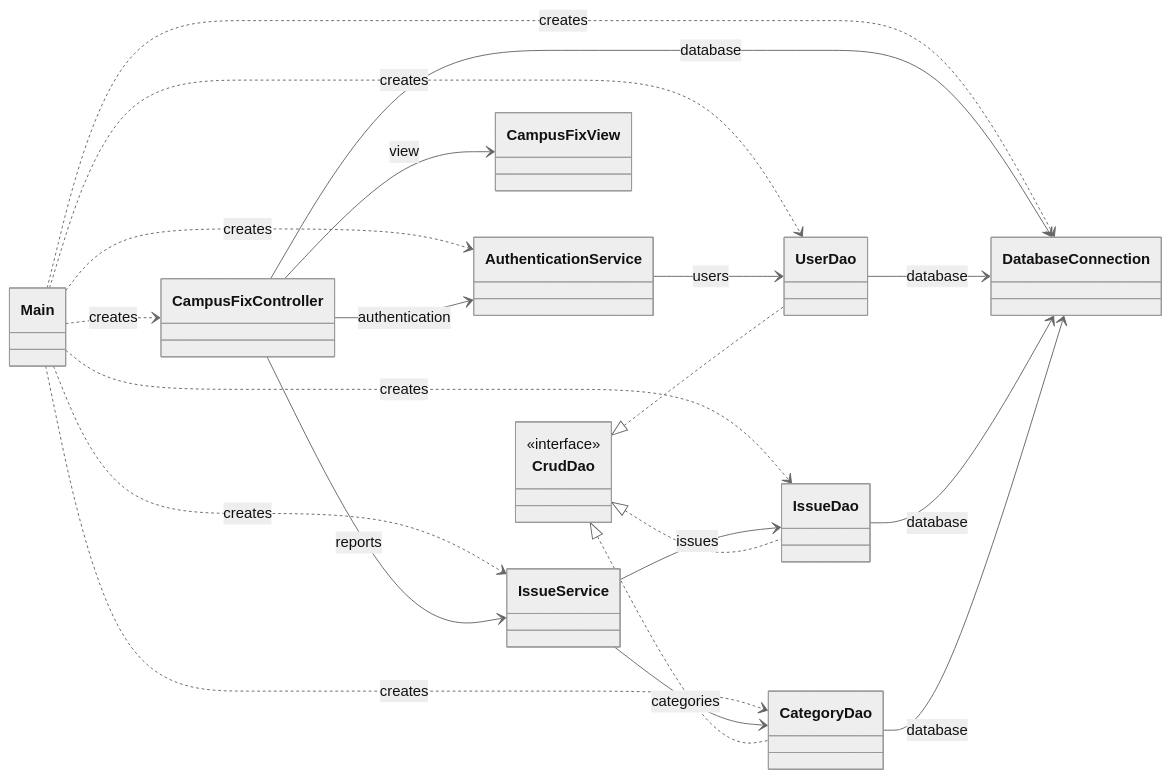
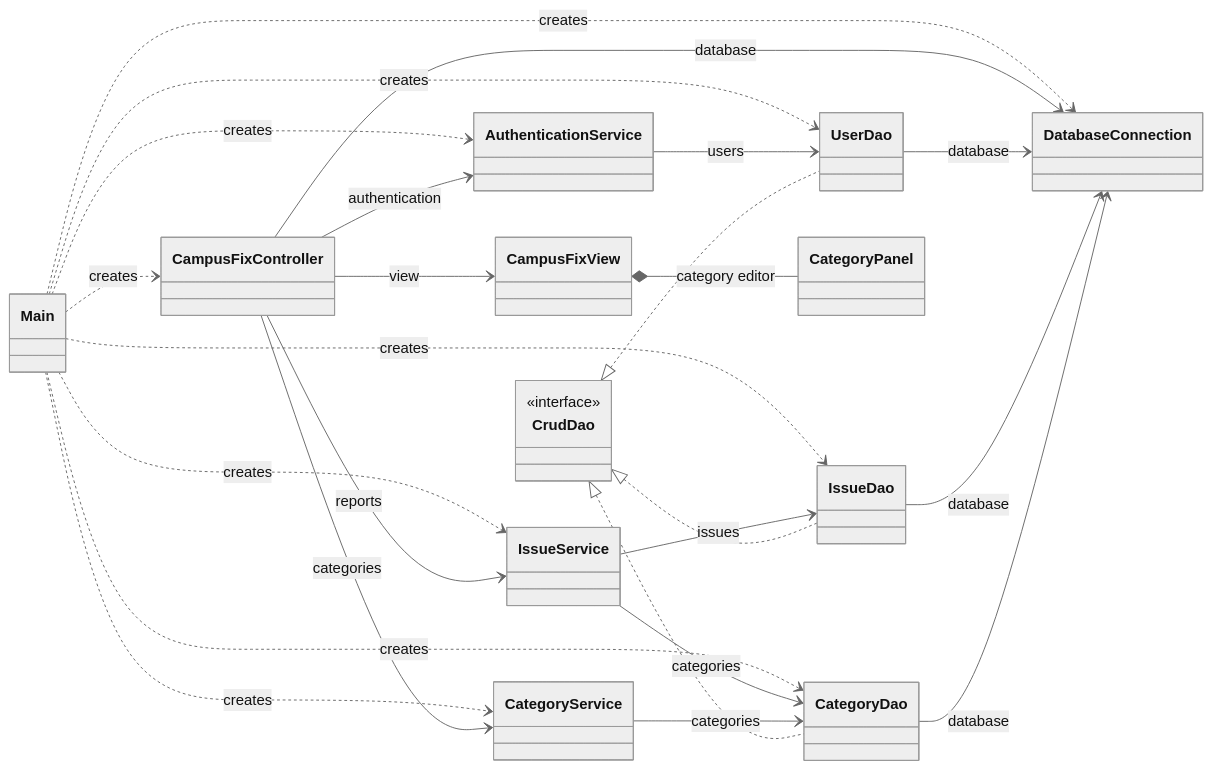
The diagram in docs/python-desktop.md (dfernq/inso-2026-2027-campus-fix), drawn with Mermaid (neutral theme) before and after one commit. The commit also changed other lines of this file and 7 other files, not shown here.

````diff
--- a/docs/python-desktop.md
+++ b/docs/python-desktop.md
@@ -57,27 +66,31 @@
 ```mermaid
 classDiagram
     direction LR
     class CrudDao {
         <<interface>>
     }
     Main ..> CampusFixController : creates
     Main ..> DatabaseConnection : creates
     Main ..> AuthenticationService : creates
     Main ..> UserDao : creates
     Main ..> IssueService : creates
     Main ..> IssueDao : creates
+    Main ..> CategoryService : creates
     Main ..> CategoryDao : creates
     CampusFixController --> CampusFixView : view
     CampusFixController --> DatabaseConnection : database
     CampusFixController --> AuthenticationService : authentication
     CampusFixController --> IssueService : reports
+    CampusFixController --> CategoryService : categories
+    CampusFixView *-- CategoryPanel : category editor
     AuthenticationService --> UserDao : users
     IssueService --> IssueDao : issues
     IssueService --> CategoryDao : categories
+    CategoryService --> CategoryDao : categories
     UserDao --> DatabaseConnection : database
     IssueDao --> DatabaseConnection : database
     CategoryDao --> DatabaseConnection : database
     CrudDao <|.. UserDao
     CrudDao <|.. IssueDao
     CrudDao <|.. CategoryDao
 ```
````
